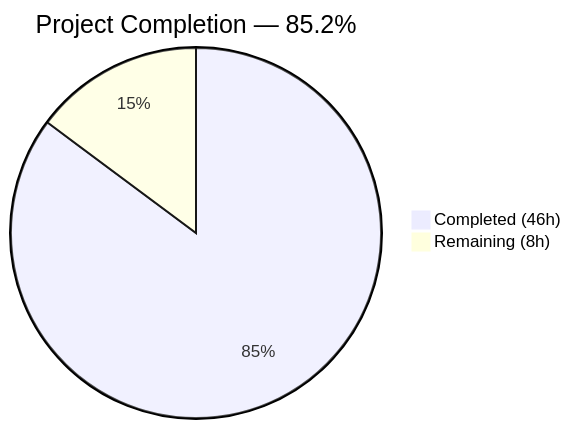
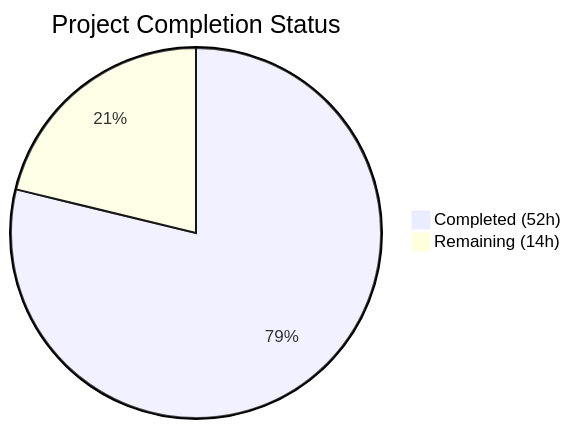
One commit to shaliniblitzy/13feb_1 changed the first of 2 diagrams in blitzy/documentation/Project Guide.md. Above: the diagram before and after it, drawn with Mermaid. The commit also changed other lines of this file, not shown here.

Commit message:
Adding Blitzy Project Guide: Project Status and Human Tasks Remaining

````diff
--- a/blitzy/documentation/Project Guide.md
+++ b/blitzy/documentation/Project Guide.md
@@ -13,5 +15,5 @@
 ```mermaid
-pie title Project Completion — 85.2%
-    "Completed (46h)" : 46
-    "Remaining (8h)" : 8
+pie title Project Completion Status
+    "Completed (52h)" : 52
+    "Remaining (14h)" : 14
 ```
````
